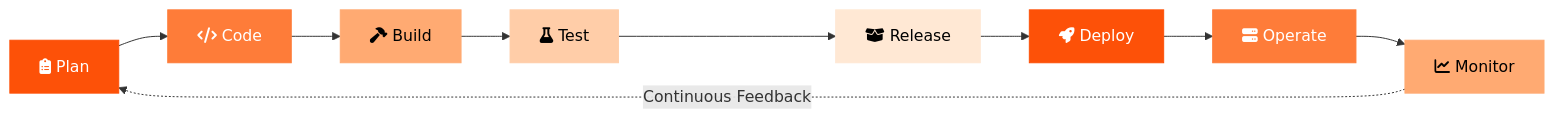
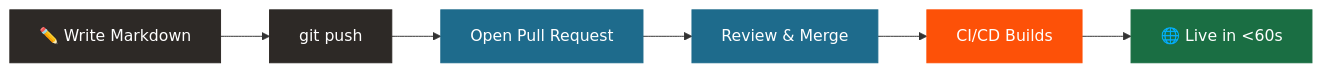
One commit to 12shubham/mkdocs-demo changed the diagram in docs/index.md. Above: the diagram before and after it, drawn with Mermaid. The commit also changed other lines of this file and 21 other files, not shown here.

````diff
--- a/docs/index.md
+++ b/docs/index.md
@@ -26,29 +90,15 @@
 ```mermaid
 graph LR
-    PLAN["fa:fa-clipboard-list Plan"]
-    CODE["fa:fa-code Code"]
-    BUILD["fa:fa-hammer Build"]
-    TEST["fa:fa-flask Test"]
-    RELEASE["fa:fa-box-open Release"]
-    DEPLOY["fa:fa-rocket Deploy"]
-    OPERATE["fa:fa-server Operate"]
-    MONITOR["fa:fa-chart-line Monitor"]
+    A["✏️ Write Markdown"] --> B["git push"]
+    B --> C["Open Pull Request"]
+    C --> D["Review & Merge"]
+    D --> E["CI/CD Builds"]
+    E --> F["🌐 Live in <60s"]
 
-    PLAN    --> CODE
-    CODE    --> BUILD
-    BUILD   --> TEST
-    TEST    --> RELEASE
-    RELEASE --> DEPLOY
-    DEPLOY  --> OPERATE
-    OPERATE --> MONITOR
-    MONITOR -.->|Continuous Feedback| PLAN
-
-    style PLAN    fill:#FD5108,stroke:#FD5108,color:#fff
-    style CODE    fill:#FE7C39,stroke:#FE7C39,color:#fff
-    style BUILD   fill:#FFAA72,stroke:#FFAA72,color:#000
-    style TEST    fill:#FFCDA8,stroke:#FFCDA8,color:#000
-    style RELEASE fill:#FFE8D4,stroke:#FFE8D4,color:#000
-    style DEPLOY  fill:#FD5108,stroke:#FD5108,color:#fff
-    style OPERATE fill:#FE7C39,stroke:#FE7C39,color:#fff
-    style MONITOR fill:#FFAA72,stroke:#FFAA72,color:#000
+    style A fill:#2D2926,stroke:#2D2926,color:#fff
+    style B fill:#2D2926,stroke:#2D2926,color:#fff
+    style C fill:#1E6B8C,stroke:#1E6B8C,color:#fff
+    style D fill:#1E6B8C,stroke:#1E6B8C,color:#fff
+    style E fill:#FD5108,stroke:#FD5108,color:#fff
+    style F fill:#1a6e43,stroke:#1a6e43,color:#fff
 ```
````
